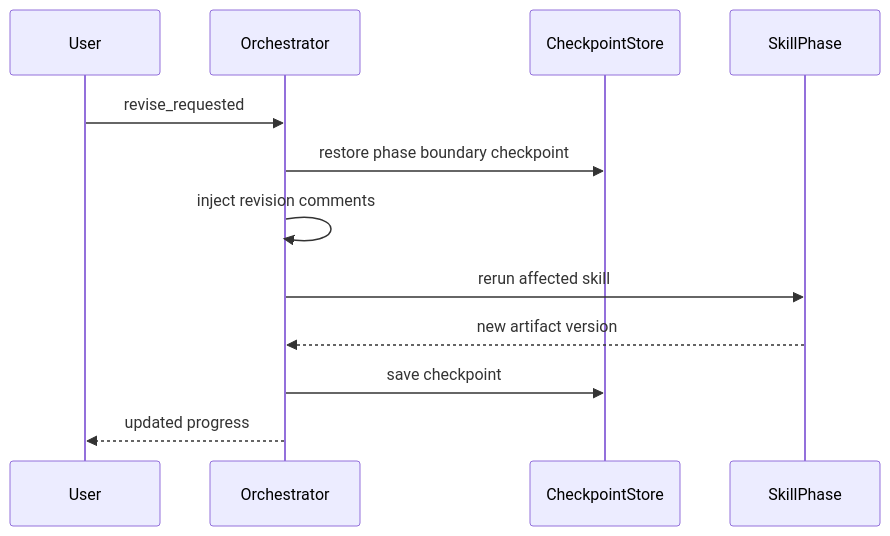
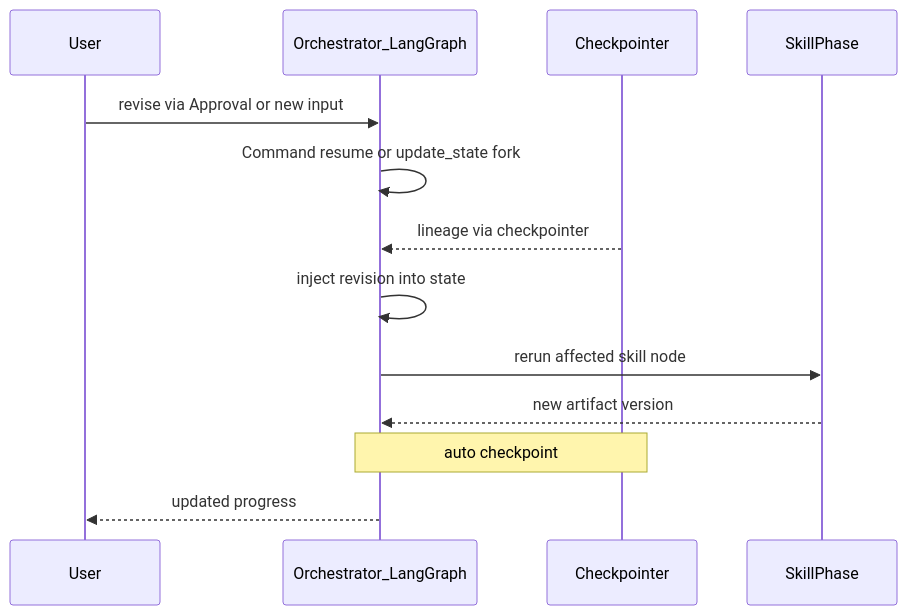
The diagram in SKILLS/backend/assets/diagrams/10-rework-sequence.mmd (shivank22/ICE), drawn with Mermaid before and after one commit. The commit also changed 93 other files, not shown here.

```diff
--- a/SKILLS/backend/assets/diagrams/10-rework-sequence.mmd
+++ b/SKILLS/backend/assets/diagrams/10-rework-sequence.mmd
@@ -1,13 +1,14 @@
-%% Rework sequence
+%% Rework sequence — resume/fork on LangGraph
 sequenceDiagram
   participant U as User
-  participant O as Orchestrator
-  participant CP as CheckpointStore
+  participant O as Orchestrator_LangGraph
+  participant CP as Checkpointer
   participant S as SkillPhase
-  U->>O: revise_requested
-  O->>CP: restore phase boundary checkpoint
-  O->>O: inject revision comments
-  O->>S: rerun affected skill
+  U->>O: revise via Approval or new input
+  O->>O: Command resume or update_state fork
+  CP-->>O: lineage via checkpointer
+  O->>O: inject revision into state
+  O->>S: rerun affected skill node
   S-->>O: new artifact version
-  O->>CP: save checkpoint
+  Note over O,CP: auto checkpoint
   O-->>U: updated progress
```
